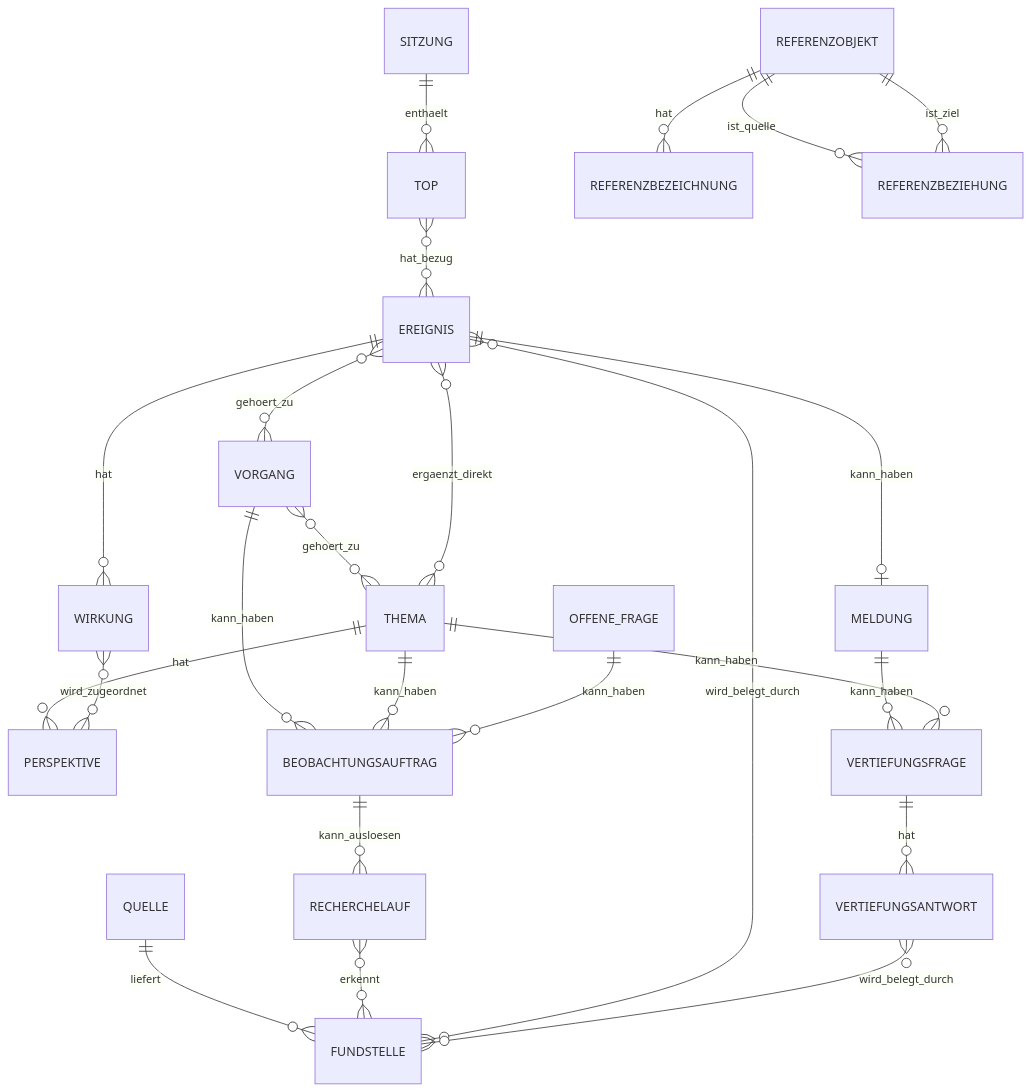
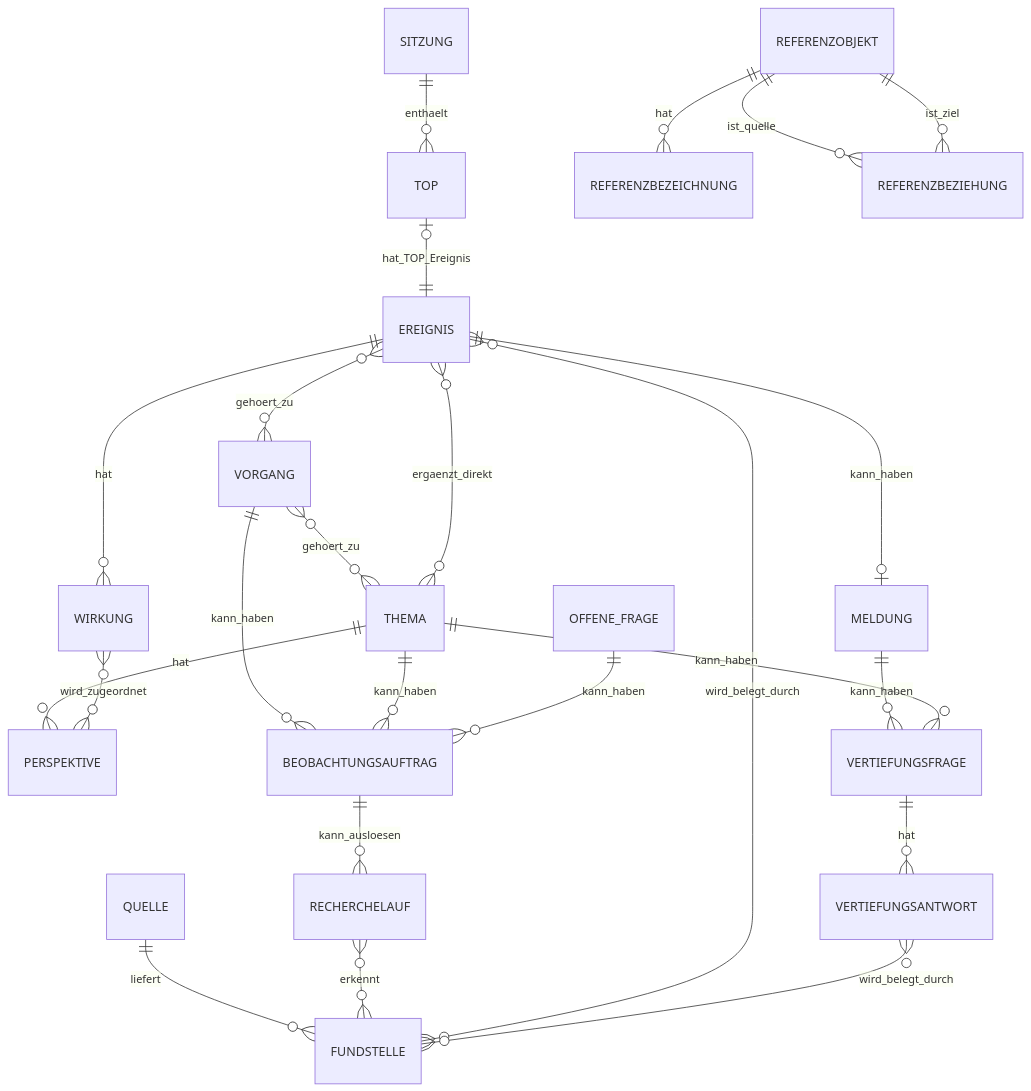
The second of 2 diagrams in docs/Datenmodell.md (PustefixReisen/fib-echtsystem), drawn with Mermaid before and after one commit. The commit also changed other lines of this file and 33 other files, not shown here.

````diff
--- a/docs/Datenmodell.md
+++ b/docs/Datenmodell.md
@@ -595,32 +579,32 @@
 ```mermaid
 erDiagram
     QUELLE ||--o{ FUNDSTELLE : liefert
     RECHERCHELAUF }o--o{ FUNDSTELLE : erkennt
 
     EREIGNIS }o--o{ FUNDSTELLE : wird_belegt_durch
     EREIGNIS ||--o| MELDUNG : kann_haben
     EREIGNIS }o--o{ VORGANG : gehoert_zu
     VORGANG }o--o{ THEMA : gehoert_zu
     EREIGNIS }o--o{ THEMA : ergaenzt_direkt
 
     EREIGNIS ||--o{ WIRKUNG : hat
     THEMA ||--o{ PERSPEKTIVE : hat
     WIRKUNG }o--o{ PERSPEKTIVE : wird_zugeordnet
 
     SITZUNG ||--o{ TOP : enthaelt
-    TOP }o--o{ EREIGNIS : hat_bezug
+    TOP |o--|| EREIGNIS : hat_TOP_Ereignis
 
     VORGANG ||--o{ BEOBACHTUNGSAUFTRAG : kann_haben
     THEMA ||--o{ BEOBACHTUNGSAUFTRAG : kann_haben
     OFFENE_FRAGE ||--o{ BEOBACHTUNGSAUFTRAG : kann_haben
     BEOBACHTUNGSAUFTRAG ||--o{ RECHERCHELAUF : kann_ausloesen
 
     MELDUNG ||--o{ VERTIEFUNGSFRAGE : kann_haben
     THEMA ||--o{ VERTIEFUNGSFRAGE : kann_haben
     VERTIEFUNGSFRAGE ||--o{ VERTIEFUNGSANTWORT : hat
     VERTIEFUNGSANTWORT }o--o{ FUNDSTELLE : wird_belegt_durch
 
     REFERENZOBJEKT ||--o{ REFERENZBEZEICHNUNG : hat
     REFERENZOBJEKT ||--o{ REFERENZBEZIEHUNG : ist_quelle
     REFERENZOBJEKT ||--o{ REFERENZBEZIEHUNG : ist_ziel
 ```
````
